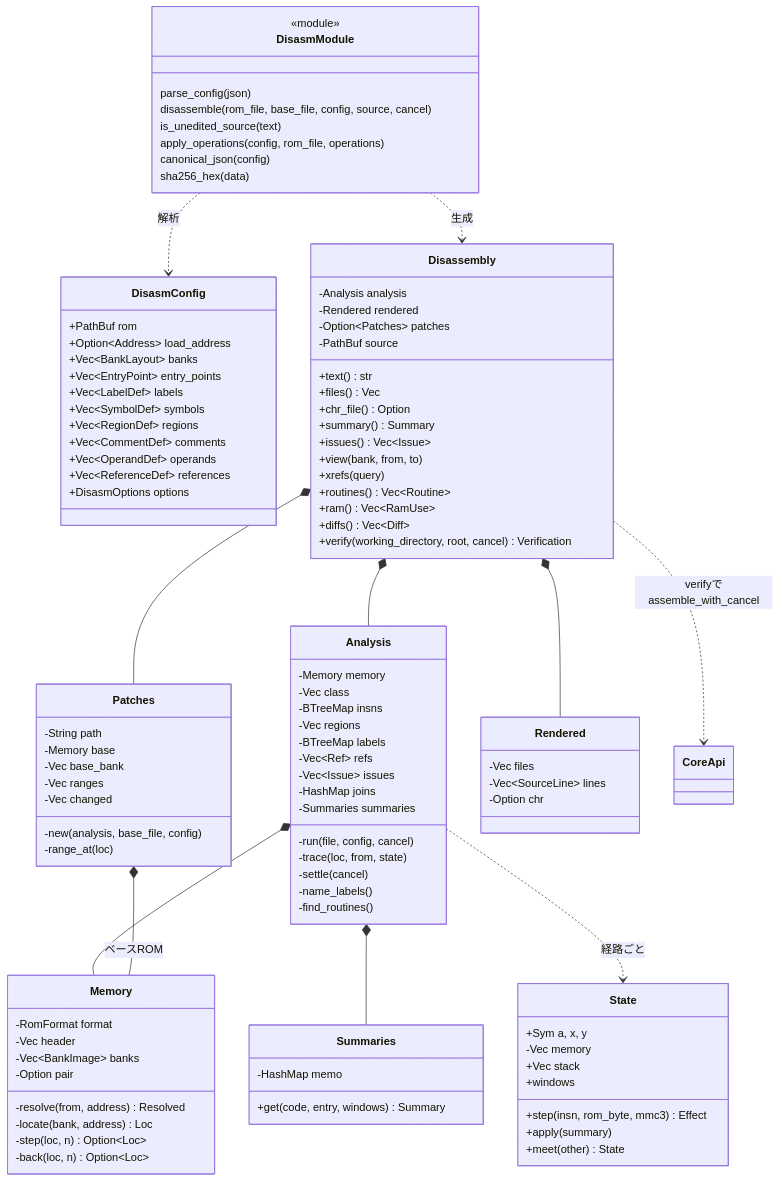
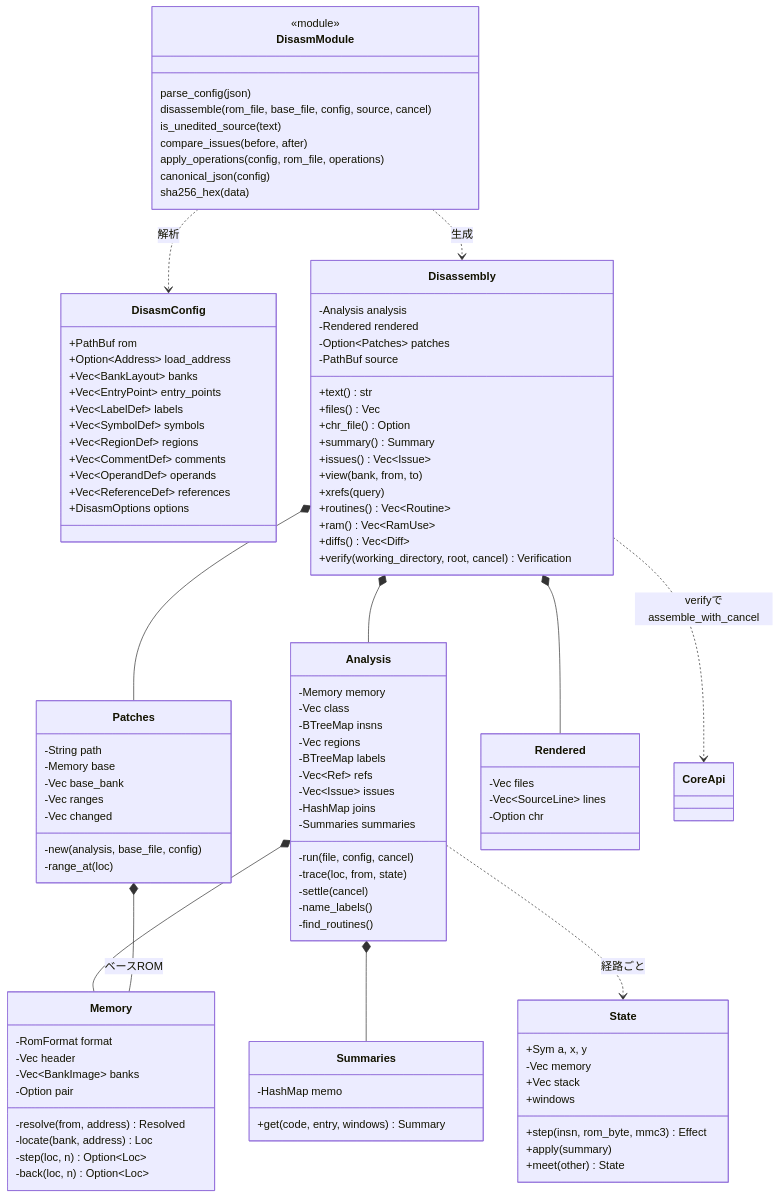
One commit to rock5easily/NesAsmRs changed the seventh of 7 diagrams in docs/rust-uml.md. Above: the diagram before and after it, drawn with Mermaid. The commit also changed 9 other files, not shown here.

```diff
--- a/docs/rust-uml.md
+++ b/docs/rust-uml.md
@@ -731,6 +731,7 @@
         parse_config(json)
         disassemble(rom_file, base_file, config, source, cancel)
         is_unedited_source(text)
+        compare_issues(before, after)
         apply_operations(config, rom_file, operations)
         canonical_json(config)
         sha256_hex(data)
```
